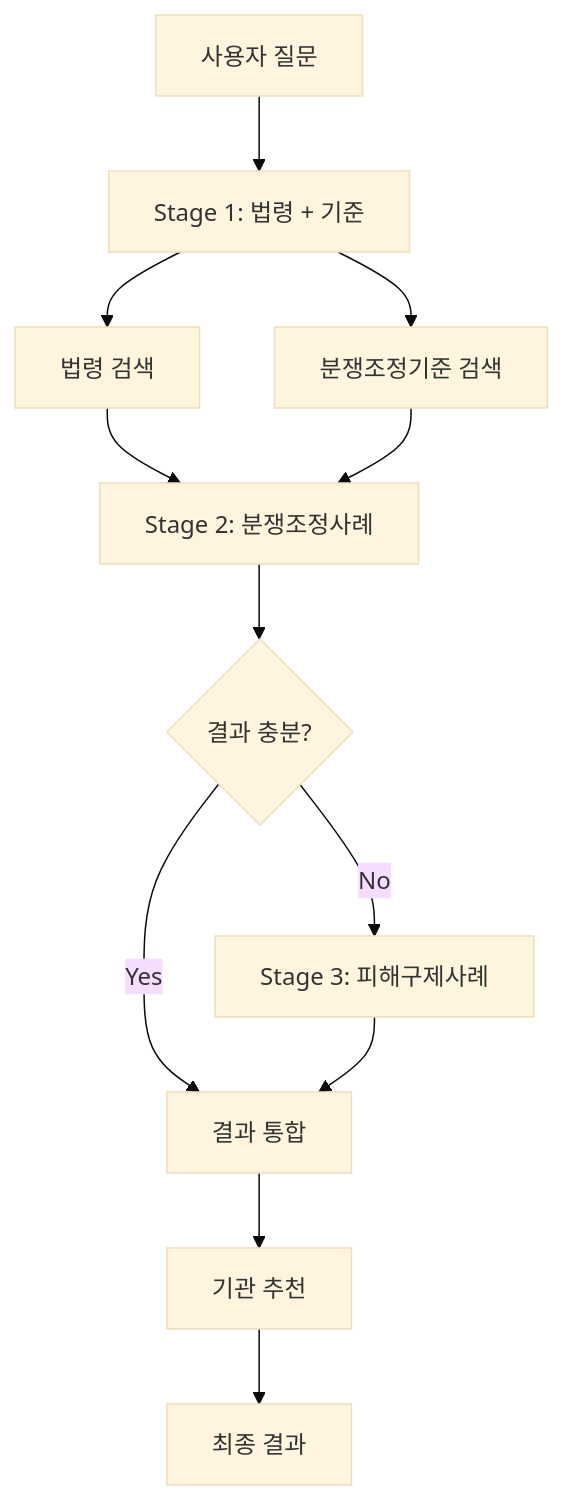
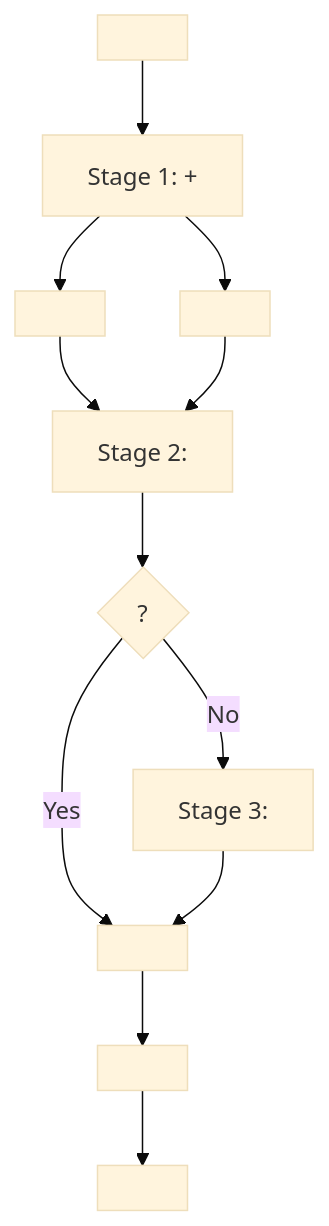
One commit to SKN19-FINAL-5team/LLM changed the diagram in docs/backend/rag/multi_stage_rag_usage.md. Above: the diagram before and after it, drawn with Mermaid (base theme). The commit also changed other lines of this file and 183 other files, not shown here.

````diff
--- a/docs/backend/rag/multi_stage_rag_usage.md
+++ b/docs/backend/rag/multi_stage_rag_usage.md
@@ -29,17 +29,17 @@
 ```mermaid
 graph TD
-    Query[사용자 질문] --> Stage1[Stage 1: 법령 + 기준]
-    Stage1 --> Law[법령 검색]
-    Stage1 --> Criteria[분쟁조정기준 검색]
+    Query[ ] --> Stage1[Stage 1:  + ]
+    Stage1 --> Law[ ]
+    Stage1 --> Criteria[ ]
     
-    Law --> Stage2[Stage 2: 분쟁조정사례]
+    Law --> Stage2[Stage 2: ]
     Criteria --> Stage2
     
-    Stage2 --> Check{결과 충분?}
-    Check -->|Yes| Combine[결과 통합]
-    Check -->|No| Stage3[Stage 3: 피해구제사례]
+    Stage2 --> Check{ ?}
+    Check -->|Yes| Combine[ ]
+    Check -->|No| Stage3[Stage 3: ]
     Stage3 --> Combine
     
-    Combine --> Agency[기관 추천]
-    Agency --> Result[최종 결과]
+    Combine --> Agency[ ]
+    Agency --> Result[ ]
 ```
````
